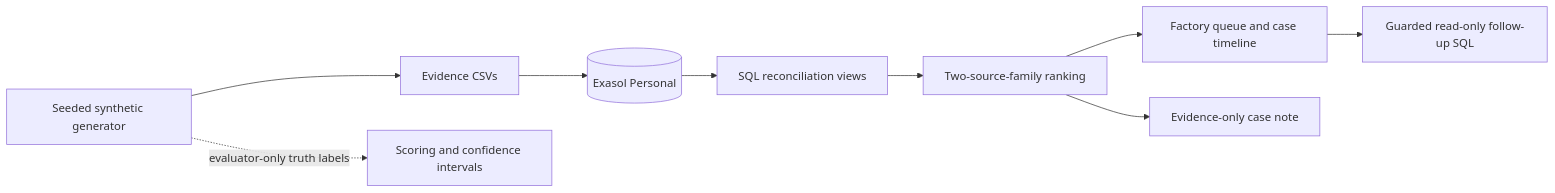
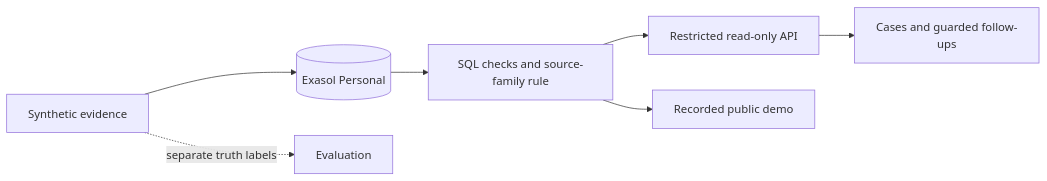
The diagram in README.md (kushagragupta2005/gst-evidence-reconciliation), drawn with Mermaid before and after one commit. The commit also changed other lines of this file and 14 other files, not shown here.

````diff
--- a/README.md
+++ b/README.md
@@ -48,11 +31,9 @@
 ```mermaid
 flowchart LR
-  G[Seeded synthetic generator] --> CSV[Evidence CSVs]
-  CSV --> DB[(Exasol Personal)]
-  DB --> V[SQL reconciliation views]
-  V --> R[Two-source-family ranking]
-  R --> UI[Factory queue and case timeline]
-  R --> N[Evidence-only case note]
-  G -. evaluator-only truth labels .-> E[Scoring and confidence intervals]
-  UI --> Q[Guarded read-only follow-up SQL]
+  A[Synthetic evidence] --> B[(Exasol Personal)]
+  B --> C[SQL checks and source-family rule]
+  C --> D[Restricted read-only API]
+  D --> E[Cases and guarded follow-ups]
+  C --> F[Recorded public demo]
+  A -. separate truth labels .-> G[Evaluation]
 ```
````
